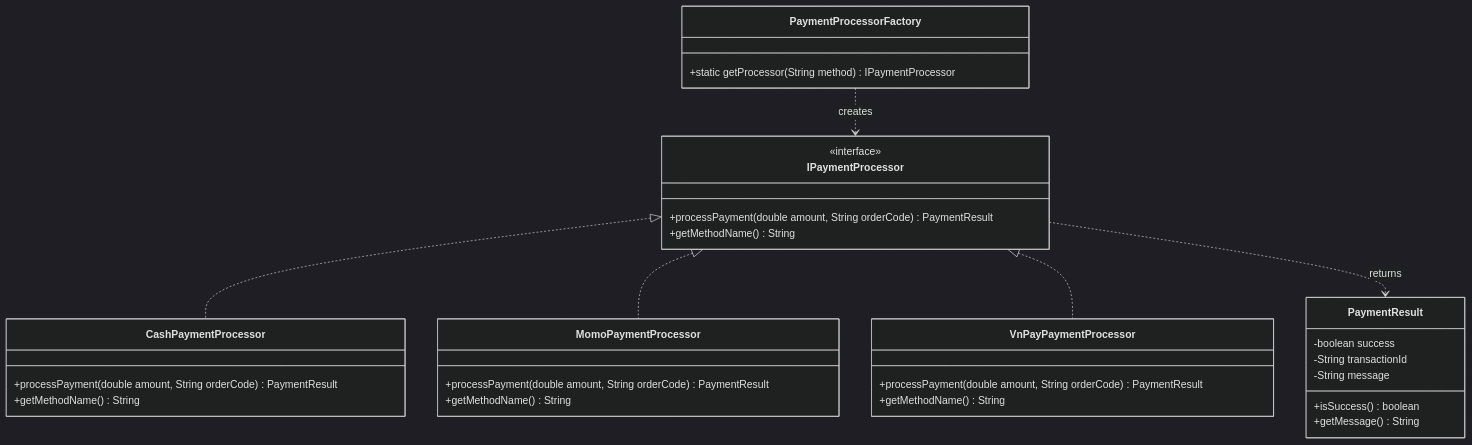
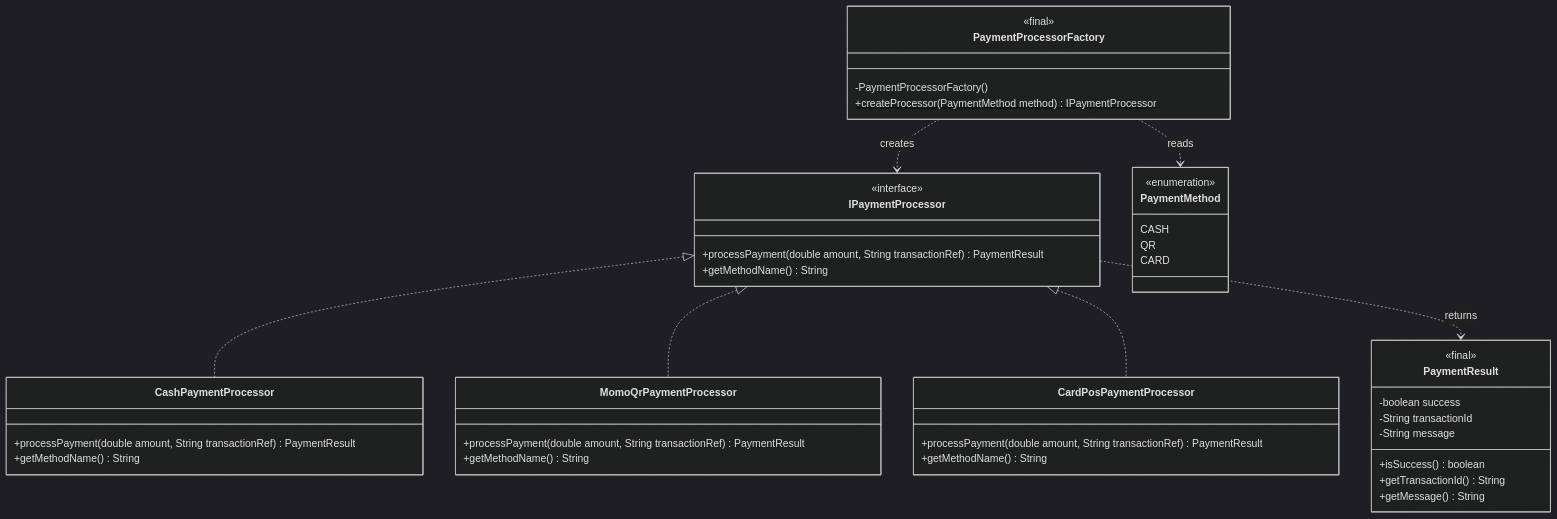
The third of 8 diagrams in docs/DESIGN_PATTERNS_SPEC.md (HubertPhung/WebQuanLyQuanCafe-DesignPatterns), drawn with Mermaid (dark theme) before and after one commit. The commit also changed other lines of this file, not shown here.

First line of the commit message:
docs: align Factory and Decorator UML with implemented classes (#15)

````diff
--- a/docs/DESIGN_PATTERNS_SPEC.md
+++ b/docs/DESIGN_PATTERNS_SPEC.md
@@ -523,41 +524,53 @@
 ```mermaid
 classDiagram
     class IPaymentProcessor {
         <<interface>>
-        +processPayment(double amount, String orderCode) PaymentResult
+        +processPayment(double amount, String transactionRef) PaymentResult
         +getMethodName() String
     }
 
     class CashPaymentProcessor {
-        +processPayment(double amount, String orderCode) PaymentResult
+        +processPayment(double amount, String transactionRef) PaymentResult
         +getMethodName() String
     }
 
-    class MomoPaymentProcessor {
-        +processPayment(double amount, String orderCode) PaymentResult
+    class MomoQrPaymentProcessor {
+        +processPayment(double amount, String transactionRef) PaymentResult
         +getMethodName() String
     }
 
-    class VnPayPaymentProcessor {
-        +processPayment(double amount, String orderCode) PaymentResult
+    class CardPosPaymentProcessor {
+        +processPayment(double amount, String transactionRef) PaymentResult
         +getMethodName() String
     }
 
     class PaymentProcessorFactory {
-        +static getProcessor(String method) IPaymentProcessor
+        <<final>>
+        -PaymentProcessorFactory()
+        +createProcessor(PaymentMethod method)$ IPaymentProcessor
+    }
+
+    class PaymentMethod {
+        <<enumeration>>
+        CASH
+        QR
+        CARD
     }
 
     class PaymentResult {
+        <<final>>
         -boolean success
         -String transactionId
         -String message
         +isSuccess() boolean
+        +getTransactionId() String
         +getMessage() String
     }
 
     IPaymentProcessor <|.. CashPaymentProcessor
-    IPaymentProcessor <|.. MomoPaymentProcessor
-    IPaymentProcessor <|.. VnPayPaymentProcessor
+    IPaymentProcessor <|.. MomoQrPaymentProcessor
+    IPaymentProcessor <|.. CardPosPaymentProcessor
+    PaymentProcessorFactory ..> PaymentMethod : reads
     PaymentProcessorFactory ..> IPaymentProcessor : creates
     IPaymentProcessor ..> PaymentResult : returns
 ```
````
